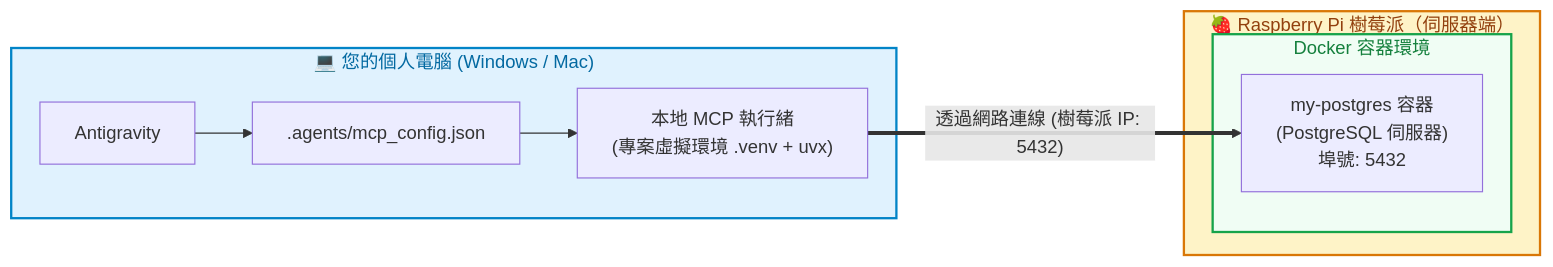
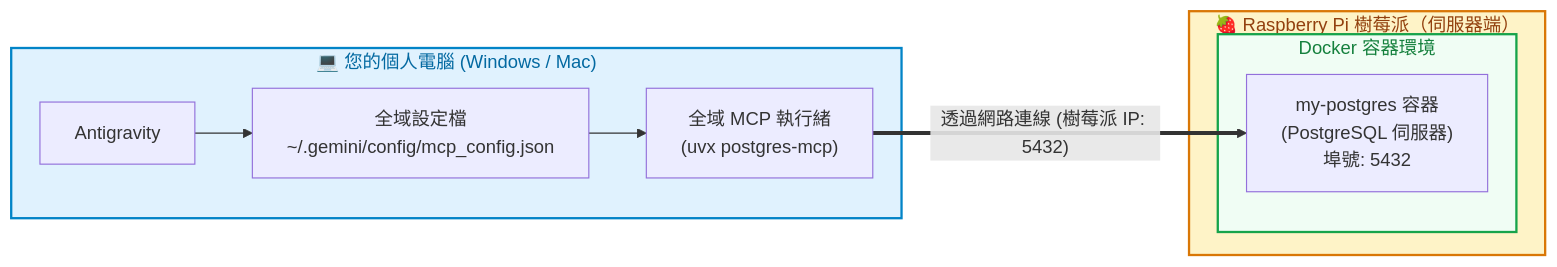
Before and after one commit to roberthsu2003/postgreSQL_MCP: the diagram in raspberry_docker安裝/4_單獨安裝mcp_server.md, drawn with Mermaid. The commit also changed other lines of this file and 2 other files, not shown here.

Commit message:
refactor: clear default mcp servers in config and update raspberry pi docker documentation

````diff
--- a/raspberry_docker安裝/4_單獨安裝mcp_server.md
+++ b/raspberry_docker安裝/4_單獨安裝mcp_server.md
@@ -15,24 +16,24 @@
 ```mermaid
 graph LR
     subgraph Local ["💻 您的個人電腦 (Windows / Mac)"]
         AG["Antigravity"]
-        Config[".agents/mcp_config.json"]
-        MCPRunner["本地 MCP 執行緒<br/>(專案虛擬環境 .venv + uvx)"]
+        Config["全域設定檔<br/>~/.gemini/config/mcp_config.json"]
+        MCPRunner["全域 MCP 執行緒<br/>(uvx postgres-mcp)"]
         AG --> Config --> MCPRunner
     end
 
     subgraph Pi ["🍓 Raspberry Pi 樹莓派（伺服器端）"]
         subgraph Docker ["Docker 容器環境"]
-            PG["my-postgres 容器<br/>(PostgreSQL 伺服器)<br/>埠號: 5432"]
+        PG["my-postgres 容器<br/>(PostgreSQL 伺服器)<br/>埠號: 5432"]
         end
     end
 
     MCPRunner ==>|"透過網路連線 (樹莓派 IP: 5432)"| PG
 
     classDef client fill:#e0f2fe,stroke:#0284c7,stroke-width:2px,color:#0369a1
     classDef server fill:#fef3c7,stroke:#d97706,stroke-width:2px,color:#92400e
     classDef docker fill:#f0fdf4,stroke:#16a34a,stroke-width:2px,color:#15803d
     class Local client
     class Pi server
     class Docker docker
 ```
````
